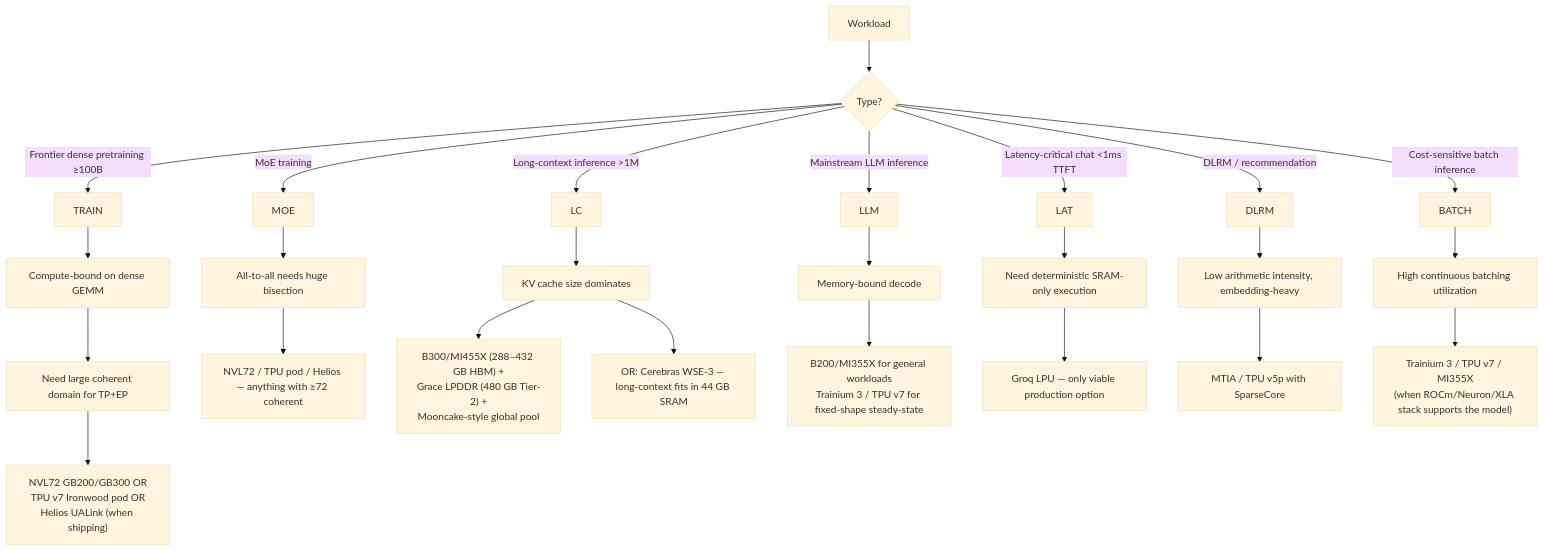
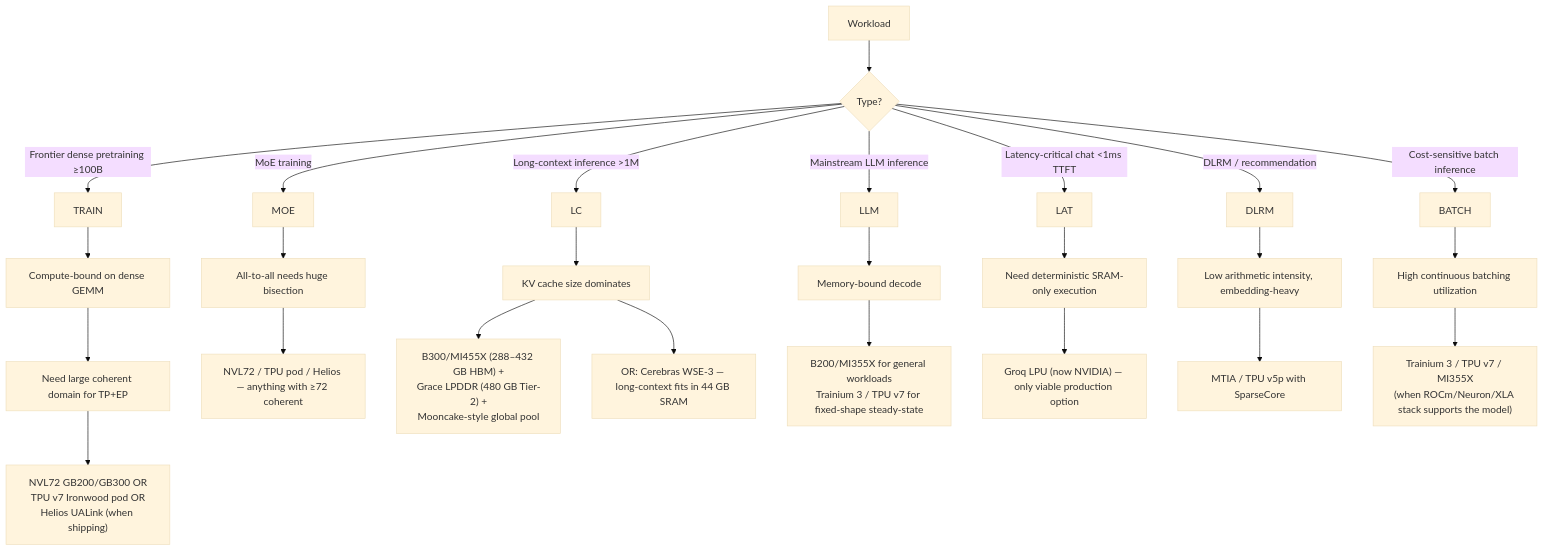
Before and after one commit to Wty2003328/ai_infra_intro: the second of 3 diagrams in ai_infra/L3_Microarchitecture/Accelerator_Landscape_2026.md, drawn with Mermaid (base theme). The commit also changed other lines of this file and 62 other files, not shown here.

````diff
--- a/ai_infra/L3_Microarchitecture/Accelerator_Landscape_2026.md
+++ b/ai_infra/L3_Microarchitecture/Accelerator_Landscape_2026.md
@@ -109,34 +112,34 @@
 ```mermaid
 flowchart TD
     START[Workload] --> Q1{Type?}
 
     Q1 -->|Frontier dense pretraining ≥100B| TRAIN
     TRAIN --> T1[Compute-bound on dense GEMM]
     T1 --> T2[Need large coherent domain for TP+EP]
     T2 --> T3["NVL72 GB200/GB300 OR<br/>TPU v7 Ironwood pod OR<br/>Helios UALink (when shipping)"]
 
     Q1 -->|MoE training| MOE
     MOE --> M1[All-to-all needs huge bisection]
     M1 --> M2[NVL72 / TPU pod / Helios — anything with ≥72 coherent]
 
     Q1 -->|Long-context inference >1M| LC
     LC --> L1[KV cache size dominates]
     L1 --> L2["B300/MI455X (288–432 GB HBM) +<br/>Grace LPDDR (480 GB Tier-2) +<br/>Mooncake-style global pool"]
     L1 --> L3[OR: Cerebras WSE-3 — long-context fits in 44 GB SRAM]
 
     Q1 -->|Mainstream LLM inference| LLM
     LLM --> I1[Memory-bound decode]
     I1 --> I2["B200/MI355X for general workloads<br/>Trainium 3 / TPU v7 for fixed-shape steady-state"]
 
     Q1 -->|Latency-critical chat <1ms TTFT| LAT
     LAT --> LA1[Need deterministic SRAM-only execution]
-    LA1 --> LA2[Groq LPU — only viable production option]
+    LA1 --> LA2["Groq LPU (now NVIDIA) — only viable production option"]
 
     Q1 -->|DLRM / recommendation| DLRM
     DLRM --> D1[Low arithmetic intensity, embedding-heavy]
     D1 --> D2[MTIA / TPU v5p with SparseCore]
 
     Q1 -->|Cost-sensitive batch inference| BATCH
     BATCH --> B1[High continuous batching utilization]
     B1 --> B2["Trainium 3 / TPU v7 / MI355X<br/>(when ROCm/Neuron/XLA stack supports the model)"]
 ```
````
